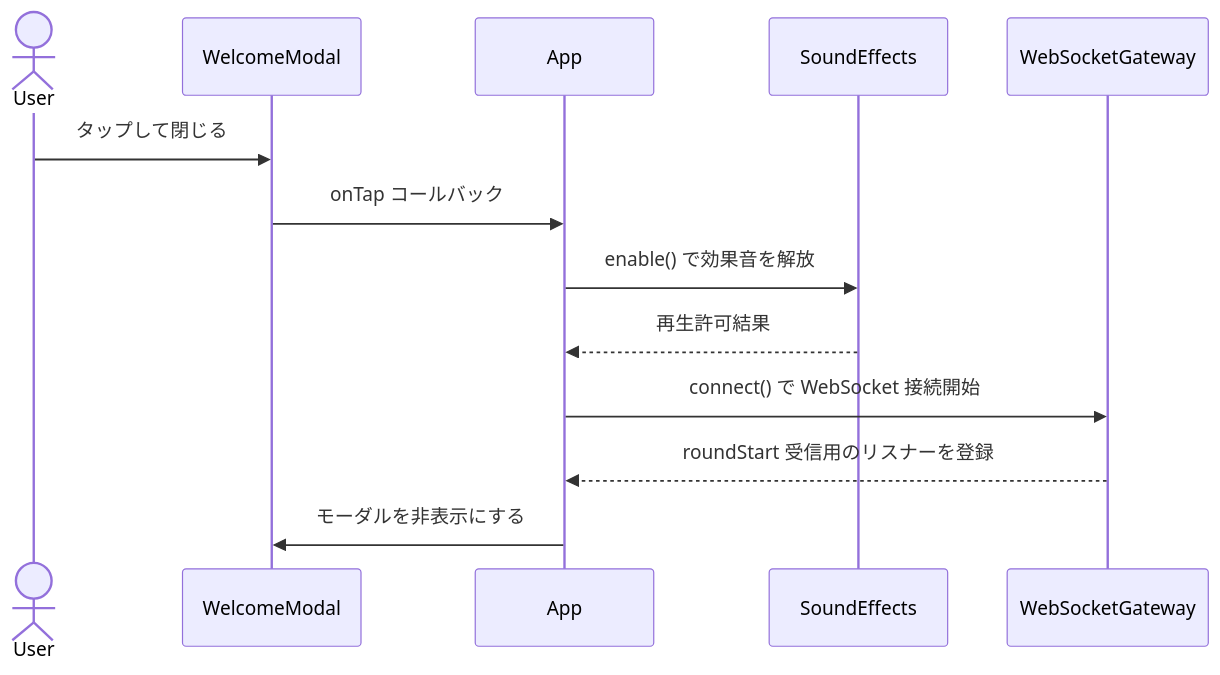
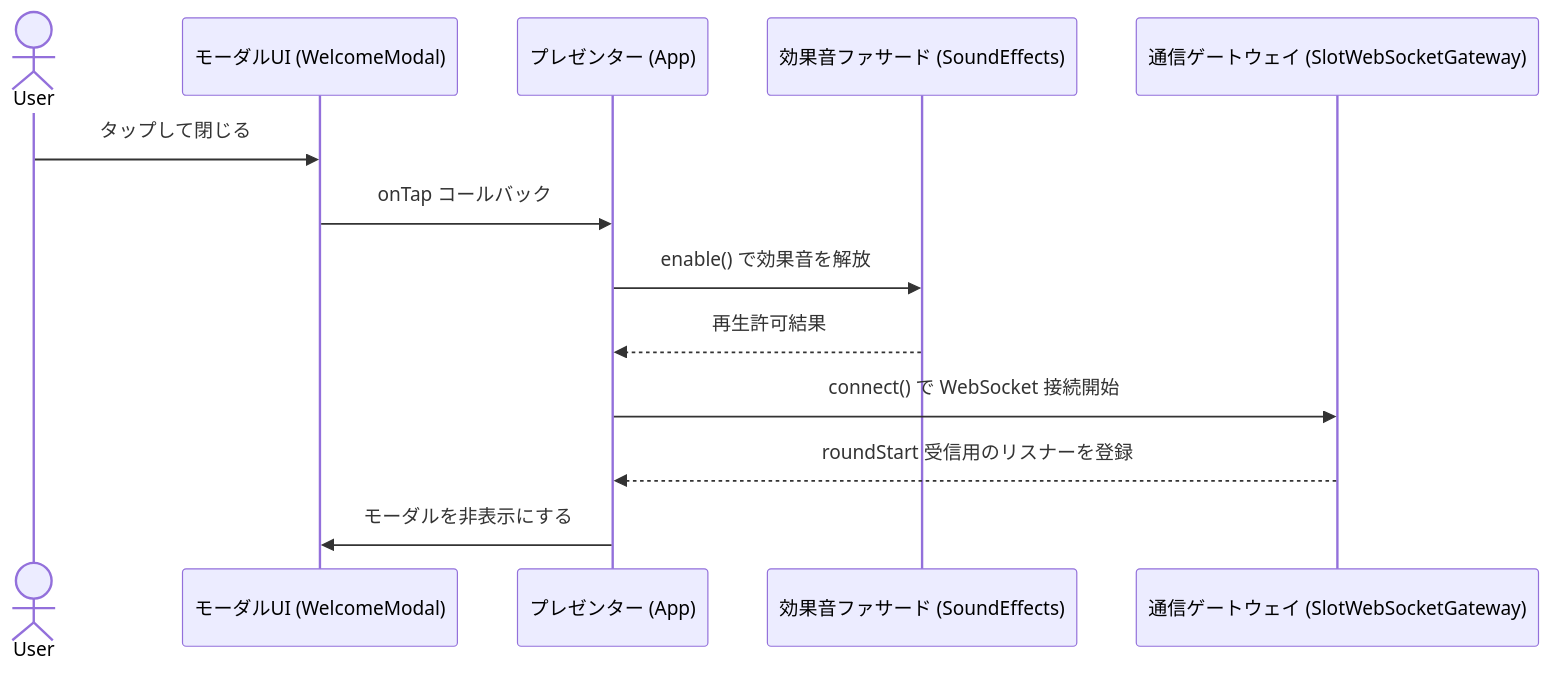
Before and after one commit to akiohiratani/pachinko-member-frontend-prod: the first of 2 diagrams in README.md, drawn with Mermaid. The commit also changed other lines of this file, not shown here.

Commit message:
docs: clarify sequence diagram roles

````diff
--- a/README.md
+++ b/README.md
@@ -31,16 +31,16 @@
 ```mermaid
 sequenceDiagram
   actor User
-  participant WelcomeModal
-  participant App
-  participant SoundEffects
-  participant SlotWebSocketGateway as WebSocketGateway
+  participant WelcomeModal as モーダルUI (WelcomeModal)
+  participant App as プレゼンター (App)
+  participant SoundEffects as 効果音ファサード (SoundEffects)
+  participant SlotWebSocketGateway as 通信ゲートウェイ (SlotWebSocketGateway)
 
   User->>WelcomeModal: タップして閉じる
   WelcomeModal->>App: onTap コールバック
   App->>SoundEffects: enable() で効果音を解放
   SoundEffects-->>App: 再生許可結果
   App->>SlotWebSocketGateway: connect() で WebSocket 接続開始
   SlotWebSocketGateway-->>App: roundStart 受信用のリスナーを登録
   App->>WelcomeModal: モーダルを非表示にする
 ```
````
